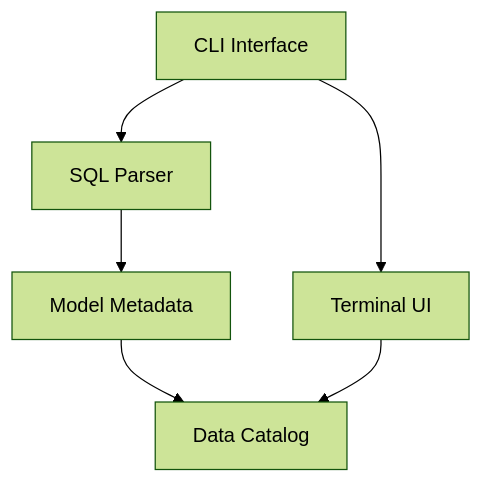
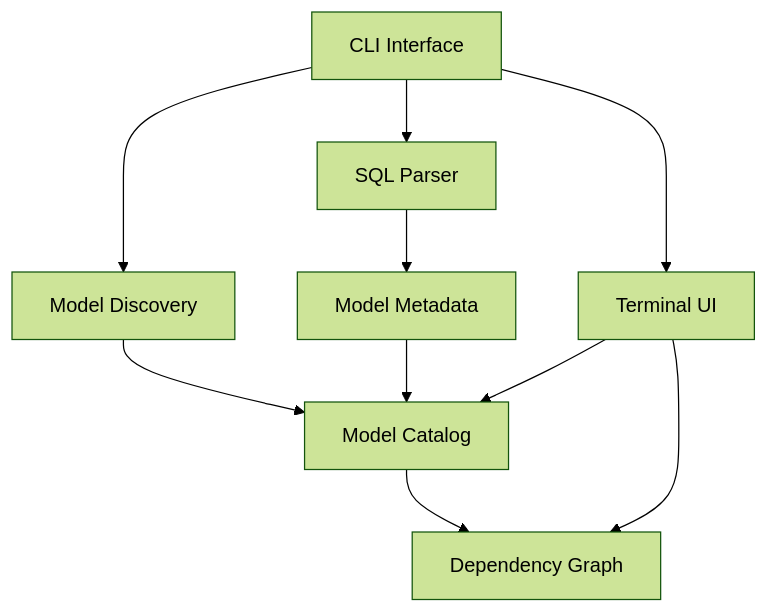
Before and after one commit to janhoon/cadac: the diagram in memory-bank/systemPatterns.md, drawn with Mermaid (forest theme). The commit also changed other lines of this file and 12 other files, not shown here.

````diff
--- a/memory-bank/systemPatterns.md
+++ b/memory-bank/systemPatterns.md
@@ -5,8 +5,12 @@
 ```mermaid
 flowchart TD
     CLI[CLI Interface] --> Parser[SQL Parser]
+    CLI --> Discovery[Model Discovery]
     CLI --> TUI[Terminal UI]
     Parser --> ModelMetadata[Model Metadata]
-    ModelMetadata --> Catalog[Data Catalog]
-    TUI --> Catalog
+    Discovery --> ModelCatalog[Model Catalog]
+    ModelMetadata --> ModelCatalog
+    ModelCatalog --> DependencyGraph[Dependency Graph]
+    TUI --> ModelCatalog
+    TUI --> DependencyGraph
 ```
````
